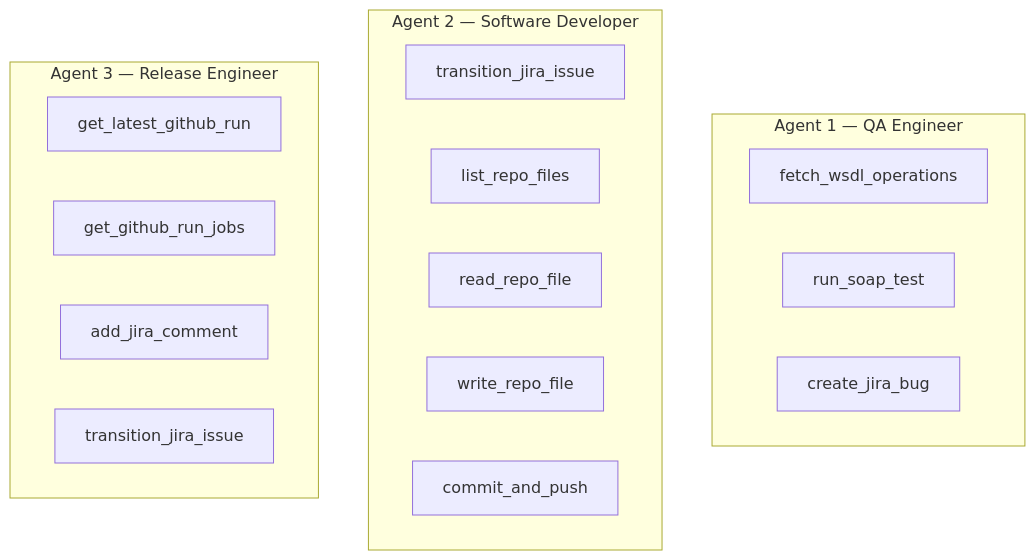
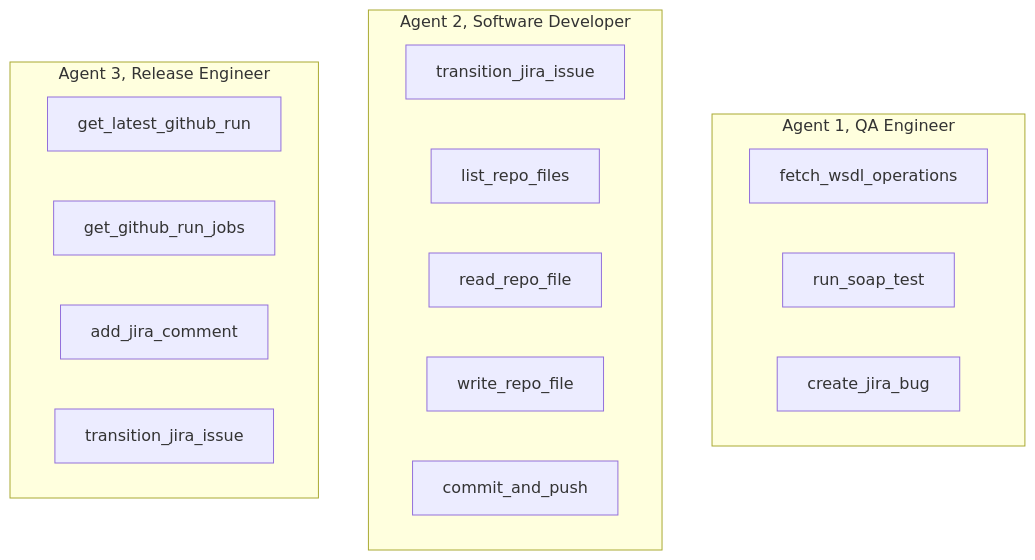
The fourth of 5 diagrams in profile/README.md (simple-agent-factory/.github), drawn with Mermaid before and after one commit. The commit also changed other lines of this file and 2 other files, not shown here.

````diff
--- a/profile/README.md
+++ b/profile/README.md
@@ -137,23 +142,23 @@
 ```mermaid
 flowchart TB
-    subgraph QA["Agent 1 — QA Engineer"]
+    subgraph QA["Agent 1, QA Engineer"]
         QA1["fetch_wsdl_operations"]
         QA2["run_soap_test"]
         QA3["create_jira_bug"]
     end
 
-    subgraph DEV["Agent 2 — Software Developer"]
+    subgraph DEV["Agent 2, Software Developer"]
         D1["transition_jira_issue"]
         D2["list_repo_files"]
         D3["read_repo_file"]
         D4["write_repo_file"]
         D5["commit_and_push"]
     end
 
-    subgraph REL["Agent 3 — Release Engineer"]
+    subgraph REL["Agent 3, Release Engineer"]
         R1["get_latest_github_run"]
         R2["get_github_run_jobs"]
         R3["add_jira_comment"]
         R4["transition_jira_issue"]
     end
 ```
````
